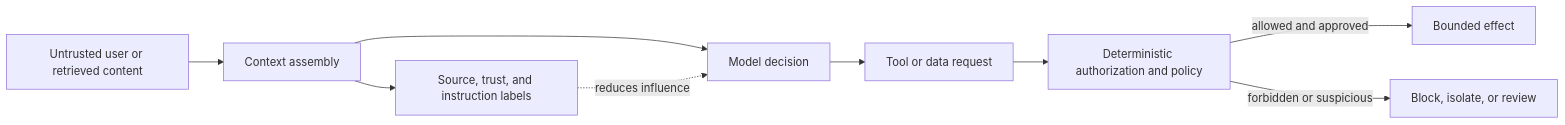
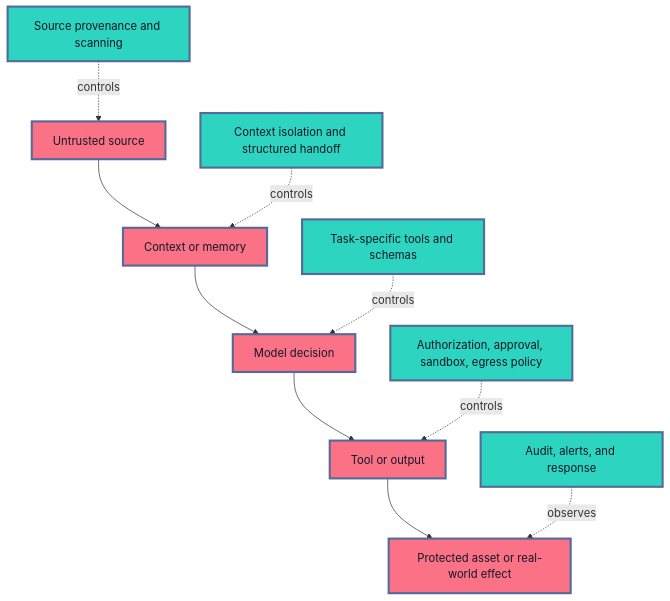
One commit to senlinyy/dev-roadmaps changed the third of 3 diagrams in roadmaps/mlops/modules/llmops/safety-and-governance/01-prompt-injection.md. Above: the diagram before and after it, drawn with Mermaid. The commit also changed other lines of this file and 198 other files, not shown here.

````diff
--- a/roadmaps/mlops/modules/llmops/safety-and-governance/01-prompt-injection.md
+++ b/roadmaps/mlops/modules/llmops/safety-and-governance/01-prompt-injection.md
@@ -22,11 +177,18 @@
 ```mermaid
-flowchart LR
-    A[Untrusted user or retrieved content] --> B[Context assembly]
-    B --> C[Model decision]
-    C --> D[Tool or data request]
-    D --> E[Deterministic authorization and policy]
-    E -->|allowed and approved| F[Bounded effect]
-    E -->|forbidden or suspicious| G[Block, isolate, or review]
-    B --> H[Source, trust, and instruction labels]
-    H -. reduces influence .-> C
+flowchart TD
+    A["Untrusted source"] --> B["Context or memory"]
+    B --> C["Model decision"]
+    C --> D["Tool or output"]
+    D --> E["Protected asset or real-world effect"]
+
+    F["Source provenance and scanning"] -. controls .-> A
+    G["Context isolation and structured handoff"] -. controls .-> B
+    H["Task-specific tools and schemas"] -. controls .-> C
+    I["Authorization, approval, sandbox, egress policy"] -. controls .-> D
+    J["Audit, alerts, and response"] -. observes .-> E
+
+    classDef path fill:#FB7185,stroke:#536A9A,stroke-width:3px,color:#111827
+    classDef defence fill:#2DD4BF,stroke:#536A9A,stroke-width:3px,color:#0F172A
+    class A,B,C,D,E path
+    class F,G,H,I,J defence
 ```
````
